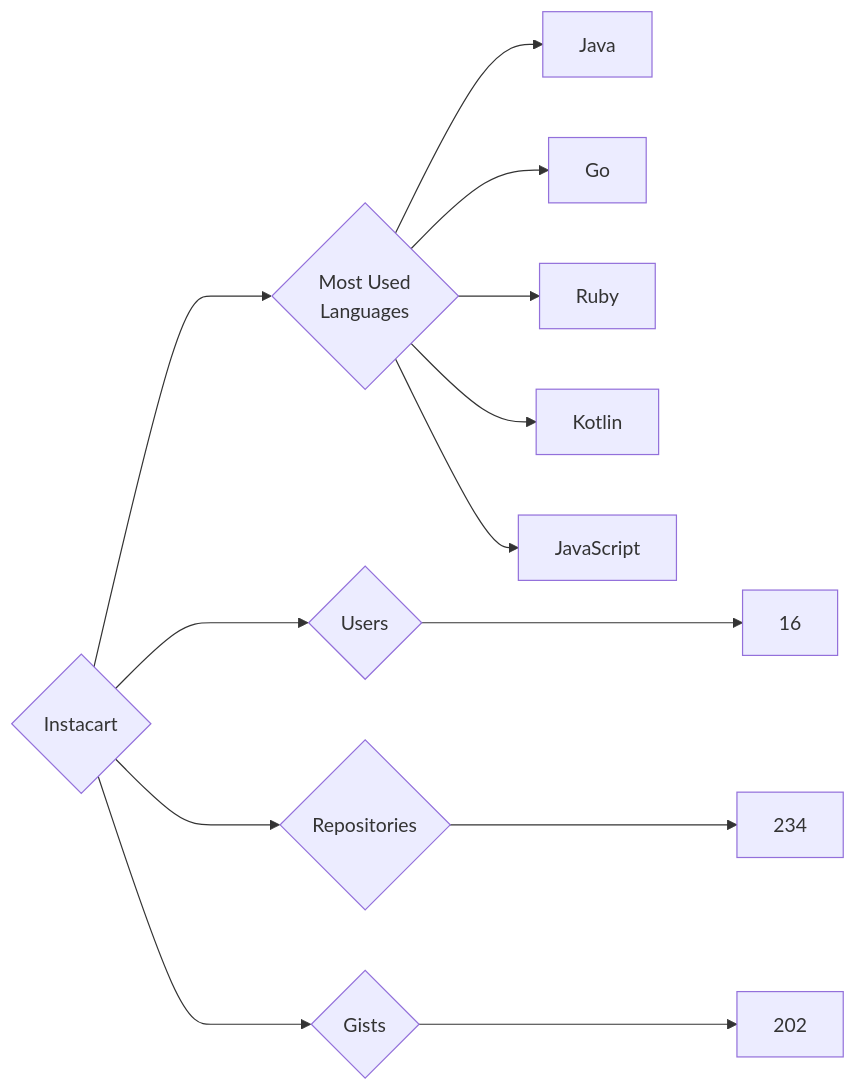
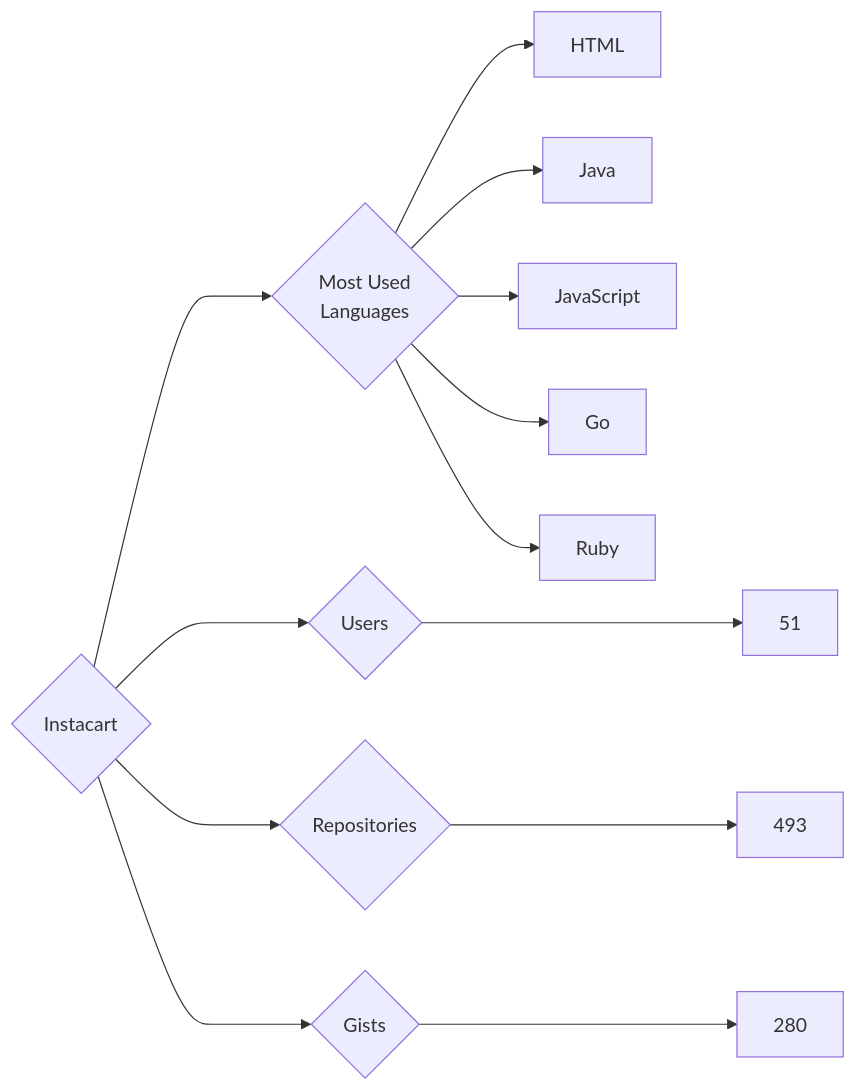
The diagram in targets/Instacart/README.md (trickest/insiders), drawn with Mermaid before and after one commit. The commit also changed 545 other files, not shown here.

````diff
--- a/targets/Instacart/README.md
+++ b/targets/Instacart/README.md
@@ -3,13 +3,13 @@
 ```mermaid
 graph LR
 COMPANY_NAME{Instacart}
-COMPANY_NAME ---> U{Users} ---> UN[16]
-COMPANY_NAME ---> R{Repositories} ---> RN[234]
-COMPANY_NAME ---> G{Gists} ---> GN[202]
+COMPANY_NAME ---> U{Users} ---> UN[51]
+COMPANY_NAME ---> R{Repositories} ---> RN[493]
+COMPANY_NAME ---> G{Gists} ---> GN[280]
 COMPANY_NAME ---> ML{Most Used<br>Languages}
+ML --> HTML[HTML]
 ML --> Java[Java]
+ML --> JavaScript[JavaScript]
 ML --> Go[Go]
 ML --> Ruby[Ruby]
-ML --> Kotlin[Kotlin]
-ML --> JavaScript[JavaScript]
 ```
````
